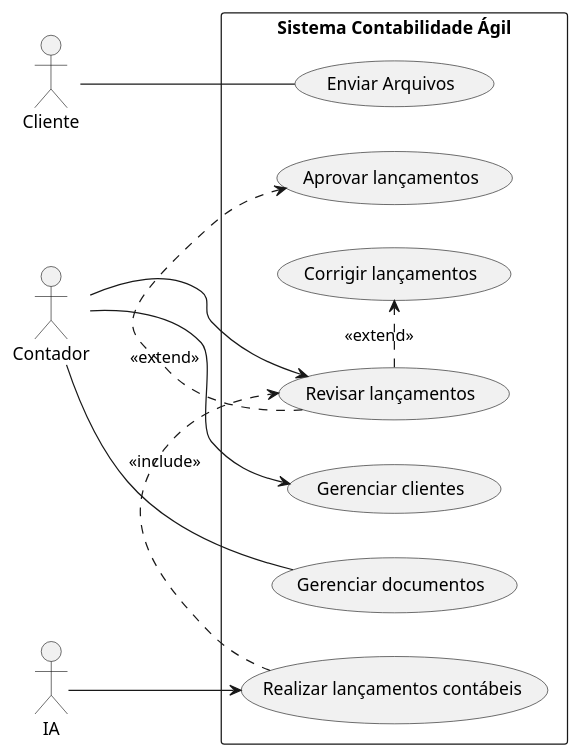
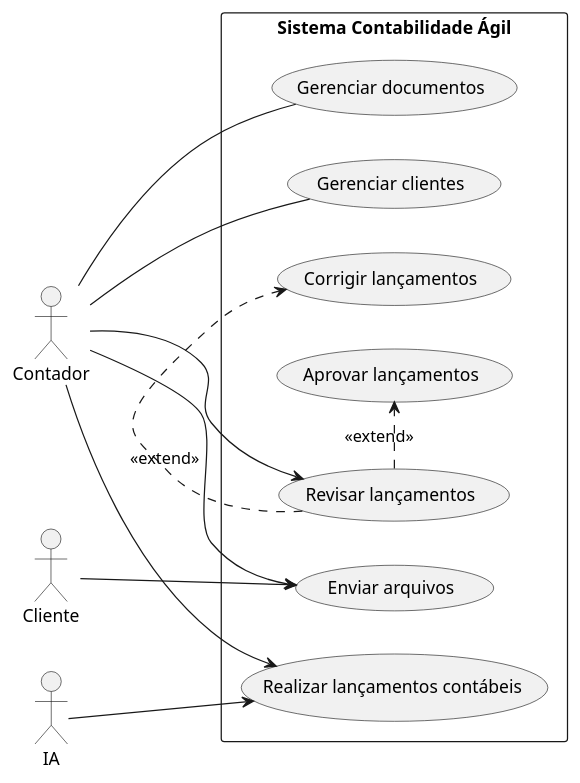
Before and after one commit to Engenharia-de-Software-Fatec/eng-softII-2026: the diagram in docs/diagramas/caso-de-uso.puml, drawn with PlantUML.

Commit message:
Refactor use case diagram for better clarity

```diff
--- a/docs/diagramas/caso-de-uso.puml
+++ b/docs/diagramas/caso-de-uso.puml
@@ -1,24 +1,34 @@
 @startuml
 left to right direction
 
 actor Cliente
 actor Contador
 actor IA
 
 rectangle "Sistema Contabilidade Ágil" {
 
-  Cliente -- (Enviar Arquivos)
+  (Enviar arquivos) as upload
+  (Gerenciar documentos) as documents
+  (Gerenciar clientes) as clients
+  (Realizar lançamentos contábeis) as cont
+  (Revisar lançamentos) as review
+  (Aprovar lançamentos) as approve
+  (Corrigir lançamentos) as rectify
 
-  Contador --> (Gerenciar clientes)
-  Contador -- (Gerenciar documentos)
-  Contador --> (Revisar lançamentos)
+  Cliente --> upload
 
-  IA --> (Realizar lançamentos contábeis)
+  Contador --> upload
+  Contador --> cont
+  Contador --> review
+  Contador -- clients
+  Contador -- documents
 
-  (Revisar lançamentos) .> (Aprovar lançamentos) : <<extend>>
-  (Revisar lançamentos) .> (Corrigir lançamentos) : <<extend>>
+  IA --> cont
 
-  (Realizar lançamentos contábeis) .> (Revisar lançamentos) : <<include>>
+  review .> approve : <<extend>>
+  review .> rectify : <<extend>>
+
+  cont .> review : <<include>>
 }
 
 @enduml
```
